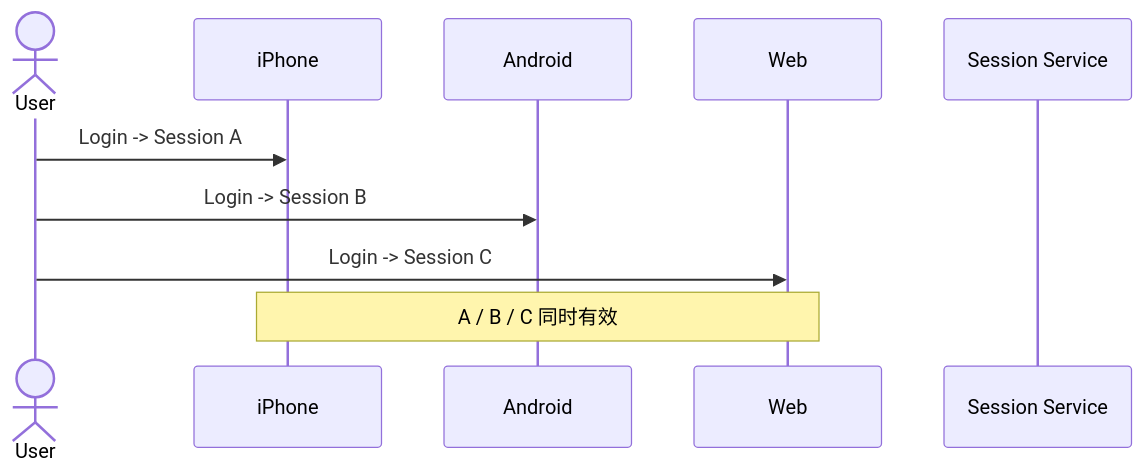
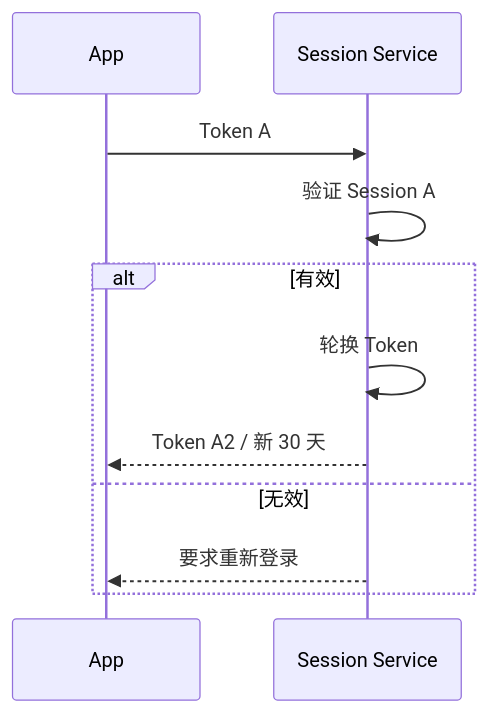
The eighth of 12 diagrams in docs/system-design/01-账户与身份/02-登录与会话.md (sxyq/mastergoods), drawn with Mermaid before and after one commit. The commit also changed other lines of this file and 12 other files, not shown here.

Commit message:
docs(system-design): sync detailed design and explain flows

````diff
--- a/docs/system-design/01-账户与身份/02-登录与会话.md
+++ b/docs/system-design/01-账户与身份/02-登录与会话.md
@@ -155,14 +369,15 @@
 ```mermaid
 sequenceDiagram
-    actor U as User
-    participant PHONE as iPhone
-    participant PAD as Android
-    participant WEB as Web
-    participant SESSION as Session Service
+    participant APP as App
+    participant IAM as Session Service
 
-    U->>PHONE: Login -> Session A
-    U->>PAD: Login -> Session B
-    U->>WEB: Login -> Session C
+    APP->>IAM: Token A
+    IAM->>IAM: 验证 Session A
 
-    Note over PHONE,WEB: A / B / C 同时有效
+    alt 有效
+        IAM->>IAM: 轮换 Token
+        IAM-->>APP: Token A2 / 新 30 天
+    else 无效
+        IAM-->>APP: 要求重新登录
+    end
 ```
````
